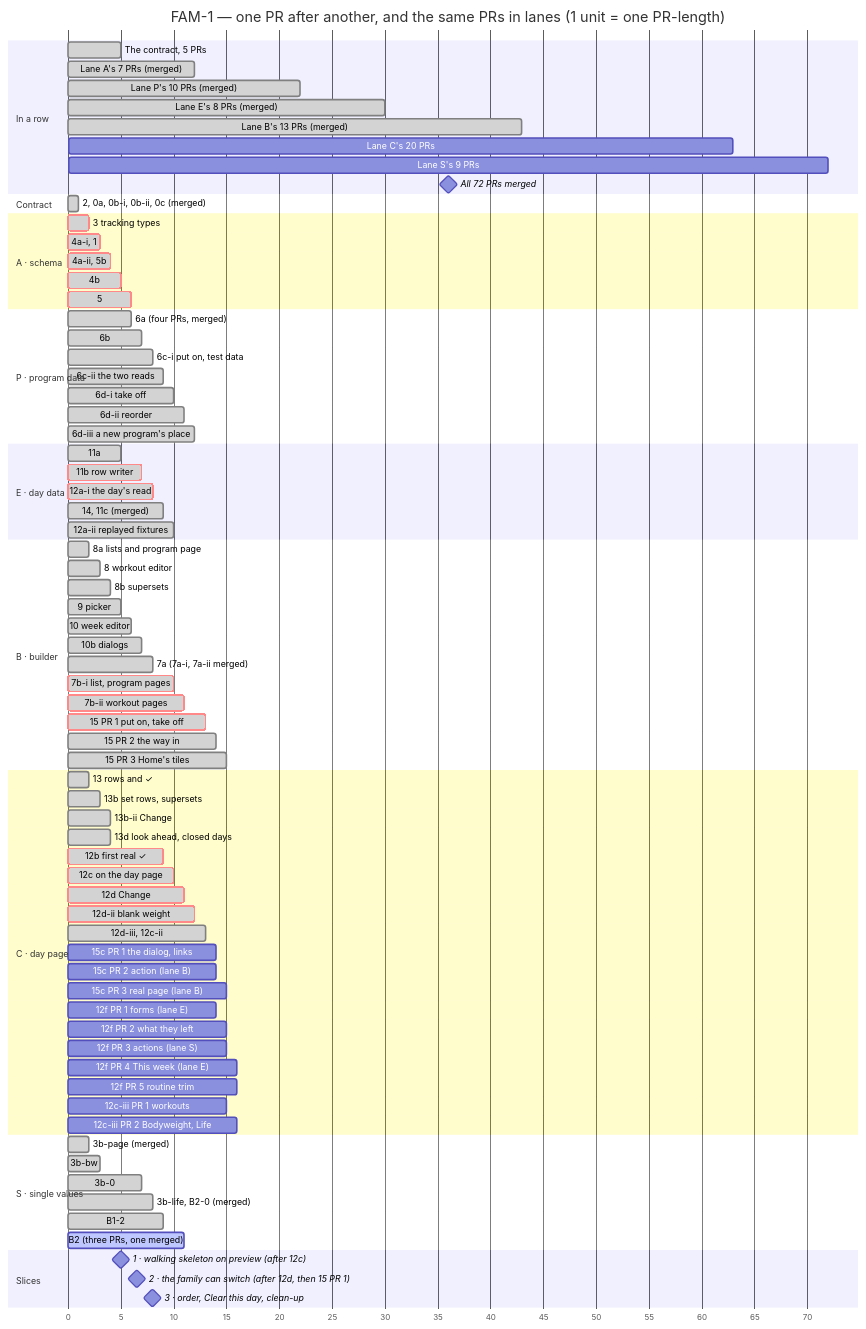
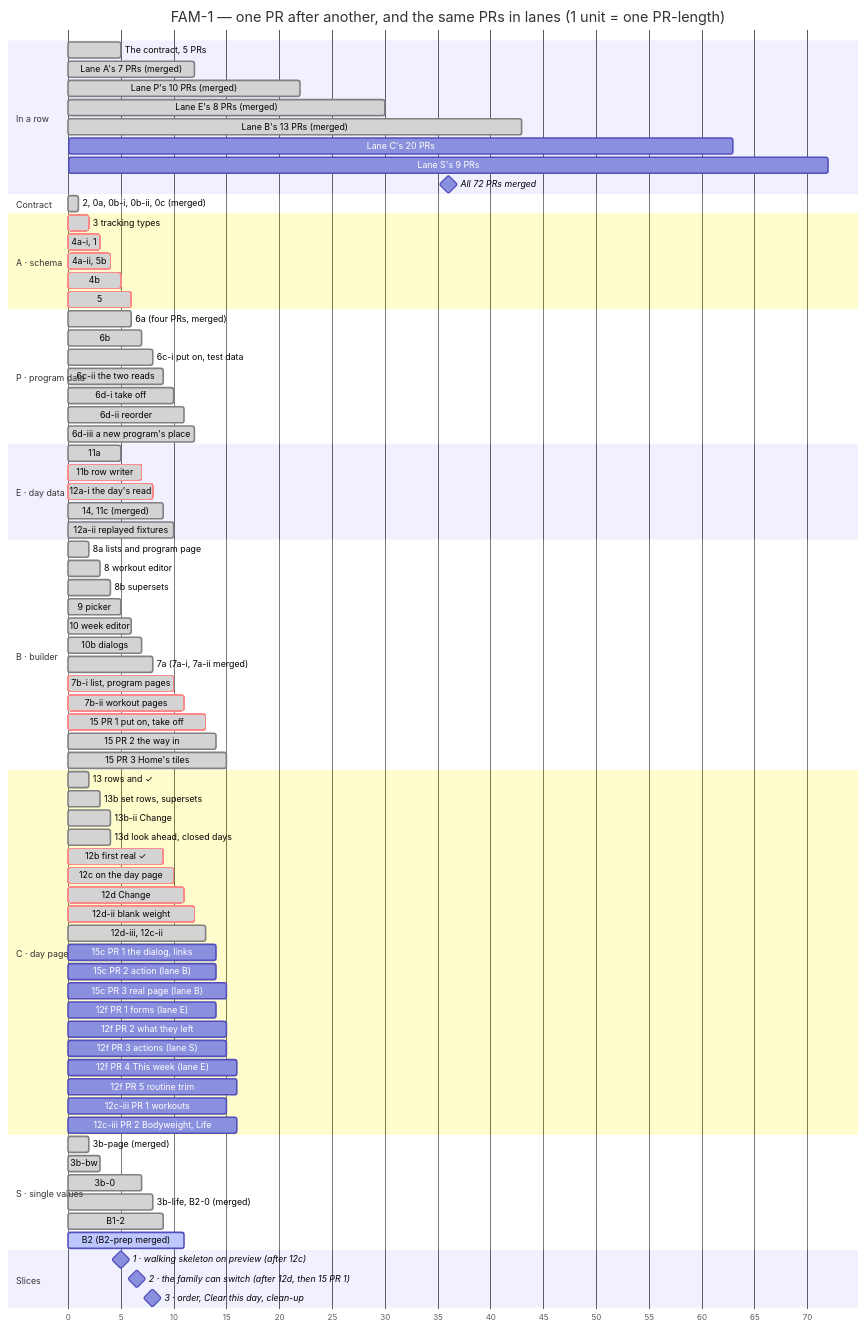
The second of 2 diagrams in docs/milestones/fam-1-family-program.md (ralamode/mat-plan), drawn with Mermaid before and after one commit. The commit also changed other lines of this file and 1 other file, not shown here.

Commit message:
docs(fam-1): review nits: name what merged on b2's bar and row; step 15's followers are merged

```diff
--- a/docs/milestones/fam-1-family-program.md
+++ b/docs/milestones/fam-1-family-program.md
@@ -341,7 +341,7 @@
   3b-0                         :done, s3, 6, 7
   3b-life, B2-0 (merged)       :done, s4, 7, 8
   B1-2                         :done, s5, 8, 9
-  B2 (three PRs, one merged)   :active, s6, 10, 11
+  B2 (B2-prep merged)          :active, s6, 10, 11
 
   section Slices
   1 · walking skeleton on preview (after 12c) :milestone, m1, 10, 10
```
